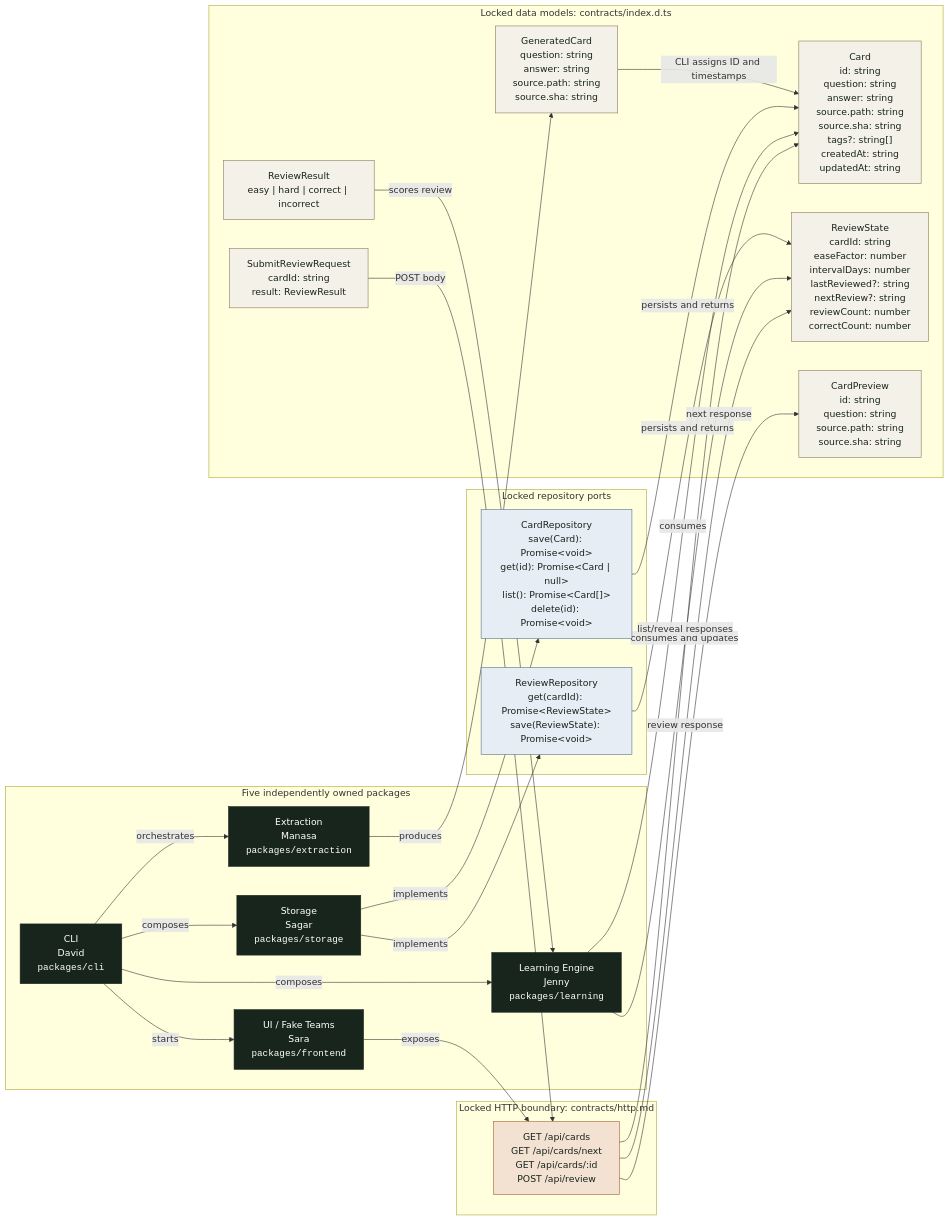
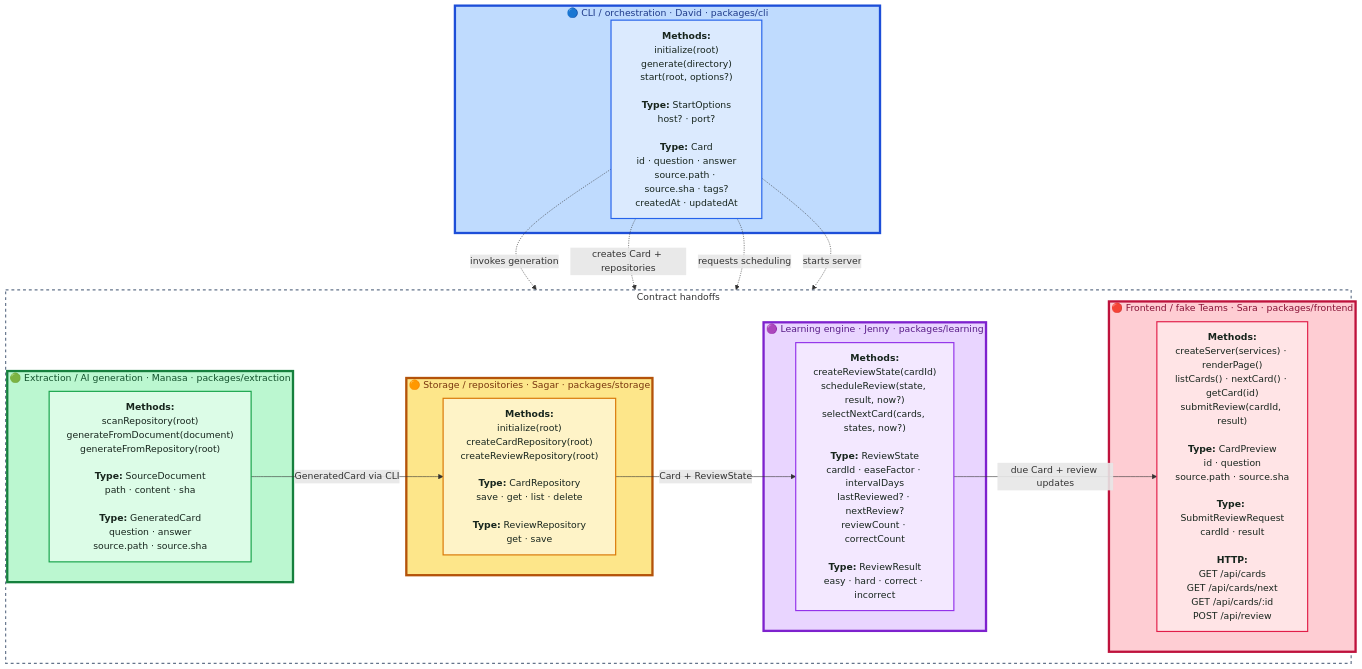
Before and after one commit to flashlearn-ai/flashlearn: the diagram in README.md, drawn with Mermaid. The commit also changed other lines of this file and 1 other file, not shown here.

Commit message:
Clarify package workstream status (#4)
* Clarify package workstream status

* Merge workstreams into feature map

* Map contracts to package owners

* Label contract types in architecture map

* Simplify contract map for mobile

* Align package colors across documentation

* Strengthen contract map region colors

* Improve workstream status and contract layout

````diff
--- a/README.md
+++ b/README.md
@@ -74,59 +92,50 @@
 ```mermaid
-flowchart LR
-  subgraph Packages["Five independently owned packages"]
-    CLI["CLI<br/>David<br/><code>packages/cli</code>"]
-    Extraction["Extraction<br/>Manasa<br/><code>packages/extraction</code>"]
-    Storage["Storage<br/>Sagar<br/><code>packages/storage</code>"]
-    Learning["Learning Engine<br/>Jenny<br/><code>packages/learning</code>"]
-    Frontend["UI / Fake Teams<br/>Sara<br/><code>packages/frontend</code>"]
+flowchart TD
+  subgraph CLIRegion["🔵 CLI / orchestration · David · packages/cli"]
+    CLI["<b>Methods:</b><br/>initialize(root)<br/>generate(directory)<br/>start(root, options?)<br/><br/><b>Type:</b> StartOptions<br/>host? · port?<br/><br/><b>Type:</b> Card<br/>id · question · answer<br/>source.path · source.sha · tags?<br/>createdAt · updatedAt"]
   end
 
-  subgraph Models["Locked data models: contracts/index.d.ts"]
-    GeneratedCard["GeneratedCard<br/>question: string<br/>answer: string<br/>source.path: string<br/>source.sha: string"]
-    Card["Card<br/>id: string<br/>question: string<br/>answer: string<br/>source.path: string<br/>source.sha: string<br/>tags?: string[]<br/>createdAt: string<br/>updatedAt: string"]
-    ReviewState["ReviewState<br/>cardId: string<br/>easeFactor: number<br/>intervalDays: number<br/>lastReviewed?: string<br/>nextReview?: string<br/>reviewCount: number<br/>correctCount: number"]
-    ReviewResult["ReviewResult<br/>easy | hard | correct | incorrect"]
-    CardPreview["CardPreview<br/>id: string<br/>question: string<br/>source.path: string<br/>source.sha: string"]
-    ReviewRequest["SubmitReviewRequest<br/>cardId: string<br/>result: ReviewResult"]
+  subgraph PackagePipeline["Contract handoffs"]
+    direction LR
+    subgraph ExtractionRegion["🟢 Extraction / AI generation · Manasa · packages/extraction"]
+      Extraction["<b>Methods:</b><br/>scanRepository(root)<br/>generateFromDocument(document)<br/>generateFromRepository(root)<br/><br/><b>Type:</b> SourceDocument<br/>path · content · sha<br/><br/><b>Type:</b> GeneratedCard<br/>question · answer<br/>source.path · source.sha"]
+    end
+
+    subgraph StorageRegion["🟠 Storage / repositories · Sagar · packages/storage"]
+      Storage["<b>Methods:</b><br/>initialize(root)<br/>createCardRepository(root)<br/>createReviewRepository(root)<br/><br/><b>Type:</b> CardRepository<br/>save · get · list · delete<br/><br/><b>Type:</b> ReviewRepository<br/>get · save"]
+    end
+
+    subgraph LearningRegion["🟣 Learning engine · Jenny · packages/learning"]
+      Learning["<b>Methods:</b><br/>createReviewState(cardId)<br/>scheduleReview(state, result, now?)<br/>selectNextCard(cards, states, now?)<br/><br/><b>Type:</b> ReviewState<br/>cardId · easeFactor · intervalDays<br/>lastReviewed? · nextReview?<br/>reviewCount · correctCount<br/><br/><b>Type:</b> ReviewResult<br/>easy · hard · correct · incorrect"]
+    end
+
+    subgraph FrontendRegion["🔴 Frontend / fake Teams · Sara · packages/frontend"]
+      Frontend["<b>Methods:</b><br/>createServer(services) · renderPage()<br/>listCards() · nextCard() · getCard(id)<br/>submitReview(cardId, result)<br/><br/><b>Type:</b> CardPreview<br/>id · question<br/>source.path · source.sha<br/><br/><b>Type:</b> SubmitReviewRequest<br/>cardId · result<br/><br/><b>HTTP:</b><br/>GET /api/cards<br/>GET /api/cards/next<br/>GET /api/cards/:id<br/>POST /api/review"]
+    end
   end
 
-  subgraph Ports["Locked repository ports"]
-    CardRepo["CardRepository<br/>save(Card): Promise&lt;void&gt;<br/>get(id): Promise&lt;Card | null&gt;<br/>list(): Promise&lt;Card[]&gt;<br/>delete(id): Promise&lt;void&gt;"]
-    ReviewRepo["ReviewRepository<br/>get(cardId): Promise&lt;ReviewState&gt;<br/>save(ReviewState): Promise&lt;void&gt;"]
-  end
+  Extraction -->|GeneratedCard via CLI| Storage
+  Storage -->|Card + ReviewState| Learning
+  Learning -->|due Card + review updates| Frontend
+  CLI -.->|invokes generation| Extraction
+  CLI -.->|creates Card + repositories| Storage
+  CLI -.->|requests scheduling| Learning
+  CLI -.->|starts server| Frontend
 
-  subgraph HTTP["Locked HTTP boundary: contracts/http.md"]
-    Endpoints["GET /api/cards<br/>GET /api/cards/next<br/>GET /api/cards/:id<br/>POST /api/review"]
-  end
-
-  Extraction -->|produces| GeneratedCard
-  GeneratedCard -->|CLI assigns ID and timestamps| Card
-  CLI -->|orchestrates| Extraction
-  CLI -->|composes| Storage
-  CLI -->|composes| Learning
-  CLI -->|starts| Frontend
-
-  Storage -->|implements| CardRepo
-  Storage -->|implements| ReviewRepo
-  CardRepo -->|persists and returns| Card
-  ReviewRepo -->|persists and returns| ReviewState
-
-  Learning -->|consumes| Card
-  Learning -->|consumes and updates| ReviewState
-  ReviewResult -->|scores review| Learning
-
-  Frontend -->|exposes| Endpoints
-  Endpoints -->|list/reveal responses| Card
-  Endpoints -->|next response| CardPreview
-  ReviewRequest -->|POST body| Endpoints
-  Endpoints -->|review response| ReviewState
-
-  classDef package fill:#17251d,color:#fff,stroke:#17251d;
-  classDef model fill:#f4f1e8,color:#17251d,stroke:#8b795e;
-  classDef port fill:#e6edf5,color:#17251d,stroke:#53708f;
-  classDef http fill:#f3e1d1,color:#17251d,stroke:#a55d38;
-  class CLI,Extraction,Storage,Learning,Frontend package;
-  class GeneratedCard,Card,ReviewState,ReviewResult,CardPreview,ReviewRequest model;
-  class CardRepo,ReviewRepo port;
-  class Endpoints http;
+  classDef cli fill:#dbeafe,color:#17251d,stroke:#2563eb,stroke-width:2px;
+  classDef extraction fill:#dcfce7,color:#17251d,stroke:#16a34a,stroke-width:2px;
+  classDef storage fill:#fef3c7,color:#17251d,stroke:#d97706,stroke-width:2px;
+  classDef learning fill:#f3e8ff,color:#17251d,stroke:#9333ea,stroke-width:2px;
+  classDef frontend fill:#ffe4e6,color:#17251d,stroke:#e11d48,stroke-width:2px;
+  class CLI cli;
+  class Extraction extraction;
+  class Storage storage;
+  class Learning learning;
+  class Frontend frontend;
+  style ExtractionRegion fill:#bbf7d0,stroke:#15803d,stroke-width:4px,color:#14532d
+  style CLIRegion fill:#bfdbfe,stroke:#1d4ed8,stroke-width:4px,color:#1e3a8a
+  style StorageRegion fill:#fde68a,stroke:#b45309,stroke-width:4px,color:#78350f
+  style LearningRegion fill:#e9d5ff,stroke:#7e22ce,stroke-width:4px,color:#581c87
+  style FrontendRegion fill:#fecdd3,stroke:#be123c,stroke-width:4px,color:#881337
+  style PackagePipeline fill:transparent,stroke:#64748b,stroke-width:2px,stroke-dasharray:5 5
 ```
````
